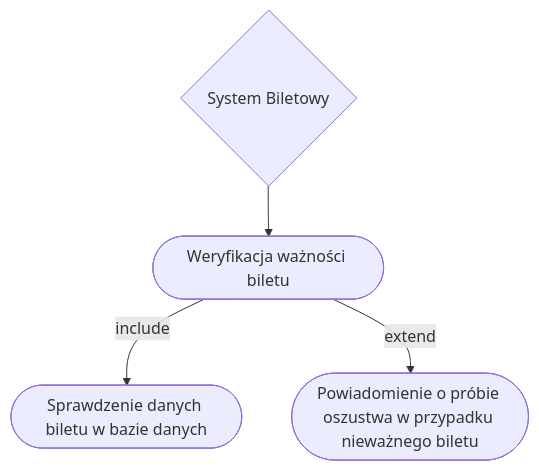
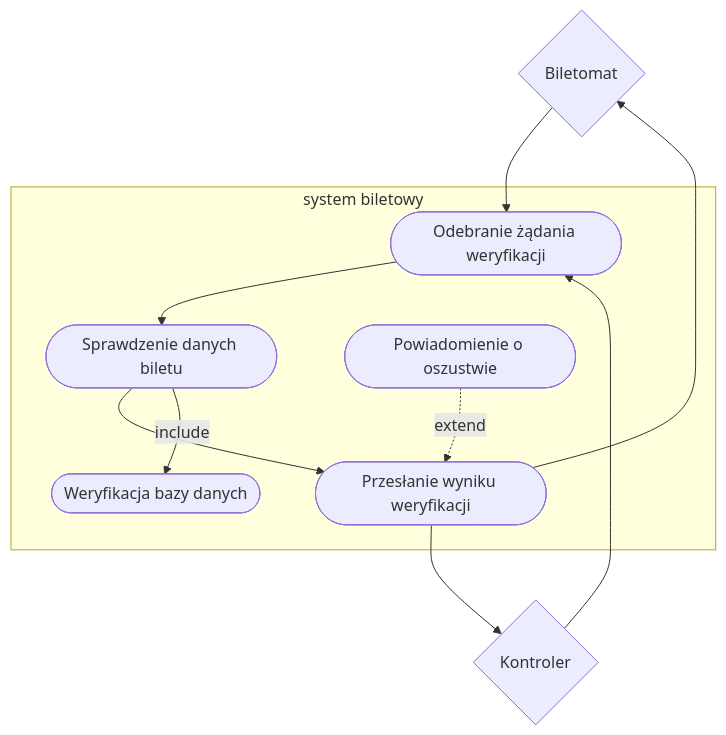
Before and after one commit to pilukal/MWO: the second of 3 diagrams in system-biletowy.md, drawn with Mermaid.

Commit message:
naprawiony diagram

````diff
--- a/system-biletowy.md
+++ b/system-biletowy.md
@@ -26,11 +24,25 @@
 ```mermaid
 flowchart TD
-    system_biletowy{System Biletowy}
-    weryfikacja_waznosci_biletu([Weryfikacja ważności biletu])
-    sprawdzenie_danych_biletu_w_bazie_danych([Sprawdzenie danych biletu w bazie danych])
-    powiadomienie_o_probie_oszustwa([Powiadomienie o próbie oszustwa w przypadku nieważnego biletu])
     
-    system_biletowy --> weryfikacja_waznosci_biletu
-    weryfikacja_waznosci_biletu --> |include| sprawdzenie_danych_biletu_w_bazie_danych
-    weryfikacja_waznosci_biletu --> |extend| powiadomienie_o_probie_oszustwa
+    Biletomat{Biletomat}
+    Kontroler{Kontroler}
+    Biletomat --> Odebranie_zadania_weryfikacji
+    Kontroler --> Odebranie_zadania_weryfikacji
+    Przeslanie_wyniku_weryfikacji -->Biletomat
+    Przeslanie_wyniku_weryfikacji -->Kontroler
+    subgraph system biletowy
+    
+    Odebranie_zadania_weryfikacji([Odebranie żądania weryfikacji])
+    Sprawdzenie_danych_biletu([Sprawdzenie danych biletu])
+    Przeslanie_wyniku_weryfikacji([Przesłanie wyniku weryfikacji])
+
+    Weryfikacja_bazy_danych([Weryfikacja bazy danych])
+    Powiadomienie_o_oszustwie([Powiadomienie o oszustwie])
+
+    Odebranie_zadania_weryfikacji --> Sprawdzenie_danych_biletu
+    Sprawdzenie_danych_biletu --> Przeslanie_wyniku_weryfikacji
+
+    Sprawdzenie_danych_biletu --> |include| Weryfikacja_bazy_danych
+    Powiadomienie_o_oszustwie -.-> |extend| Przeslanie_wyniku_weryfikacji
+    end
 ```
````
